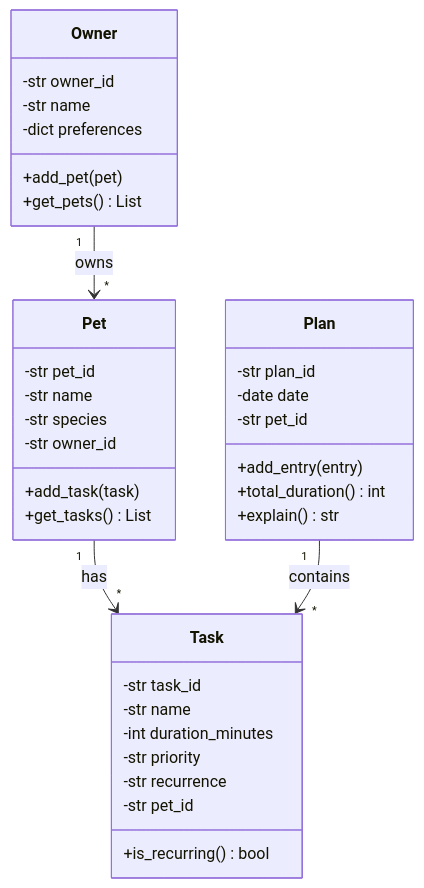
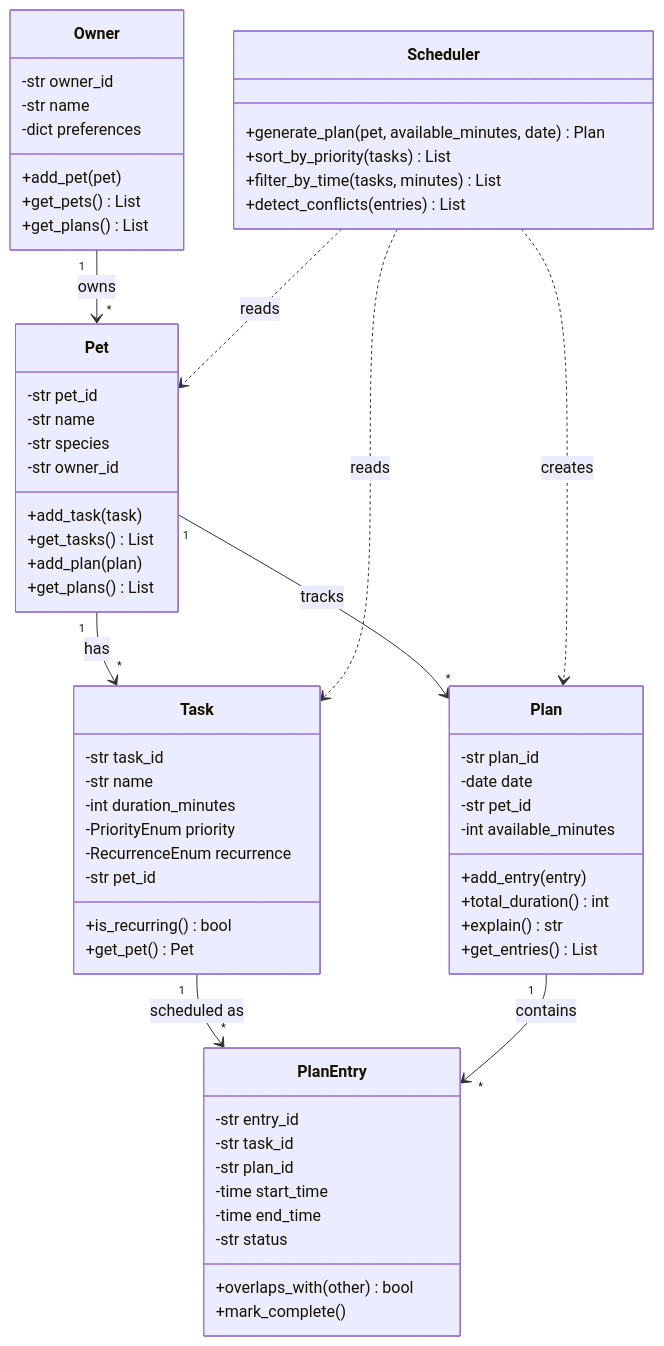
The diagram in diagrams/uml_draft.mmd (ekuromiema/ai110-module2show-pawpal-starter), drawn with Mermaid before and after one commit. The commit also changed 1 other file, not shown here.

```diff
--- a/diagrams/uml_draft.mmd
+++ b/diagrams/uml_draft.mmd
@@ -1,37 +1,64 @@
 classDiagram
   class Owner {
     -str owner_id
     -str name
     -dict preferences
     +add_pet(pet)
     +get_pets() List
+    +get_plans() List
   }
   class Pet {
     -str pet_id
     -str name
     -str species
     -str owner_id
     +add_task(task)
     +get_tasks() List
+    +add_plan(plan)
+    +get_plans() List
   }
   class Task {
     -str task_id
     -str name
     -int duration_minutes
-    -str priority
-    -str recurrence
+    -PriorityEnum priority
+    -RecurrenceEnum recurrence
     -str pet_id
     +is_recurring() bool
+    +get_pet() Pet
+  }
+  class PlanEntry {
+    -str entry_id
+    -str task_id
+    -str plan_id
+    -time start_time
+    -time end_time
+    -str status
+    +overlaps_with(other) bool
+    +mark_complete()
   }
   class Plan {
     -str plan_id
     -date date
     -str pet_id
+    -int available_minutes
     +add_entry(entry)
     +total_duration() int
     +explain() str
+    +get_entries() List
+  }
+  class Scheduler {
+    +generate_plan(pet, available_minutes, date) Plan
+    +sort_by_priority(tasks) List
+    +filter_by_time(tasks, minutes) List
+    +detect_conflicts(entries) List
   }
 
   Owner "1" --> "*" Pet : owns
   Pet "1" --> "*" Task : has
-  Plan "1" --> "*" Task : contains
+  Pet "1" --> "*" Plan : tracks
+  Task "1" --> "*" PlanEntry : scheduled as
+  Plan "1" --> "*" PlanEntry : contains
+  Scheduler ..> Pet : reads
+  Scheduler ..> Task : reads
+  Scheduler ..> Plan : creates
```
